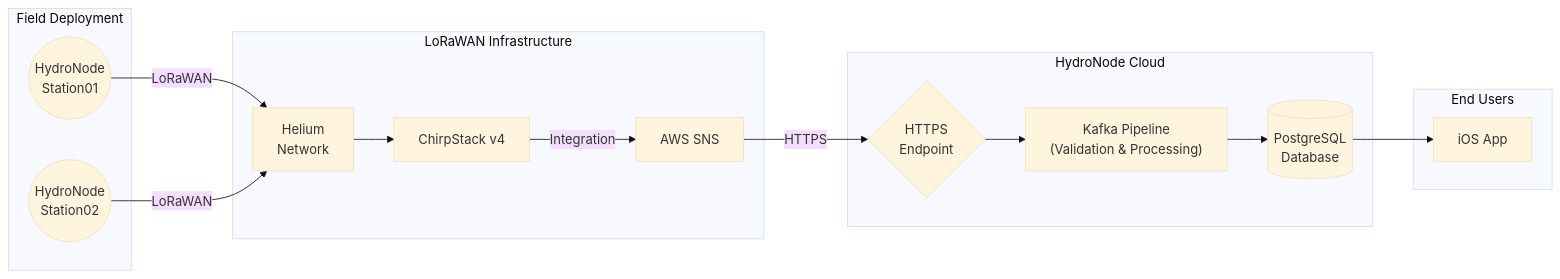
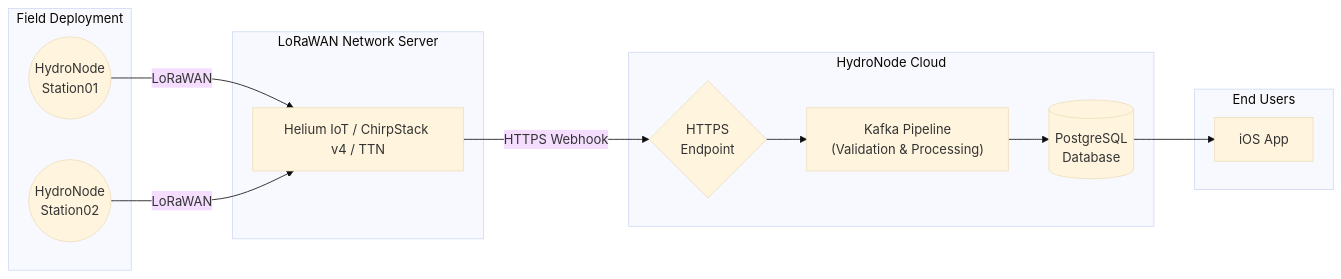
Before and after one commit to TexhFexLabs/HydroNodeStation: the diagram in README.md, drawn with Mermaid (base theme). The commit also changed other lines of this file and 1 other file, not shown here.

Commit message:
Refactor README and documentation; update LoRaWAN integration details and power consumption metrics

````diff
--- a/README.md
+++ b/README.md
@@ -83,32 +83,28 @@
 ```mermaid
 flowchart LR
     subgraph Field ["Field Deployment"]
         Node1(("HydroNode\nStation01"))
         Node2(("HydroNode\nStation02"))
     end
 
-    subgraph Network ["LoRaWAN Infrastructure"]
-        Helium["Helium\nNetwork"]
-        ChirpStack["ChirpStack v4"]
-        SNS["AWS SNS"]
+    subgraph Network ["LoRaWAN Network Server"]
+        NS["Helium IoT / ChirpStack v4 / TTN"]
     end
 
     subgraph Backend ["HydroNode Cloud"]
         API{"HTTPS\nEndpoint"}
         Kafka["Kafka Pipeline\n(Validation & Processing)"]
         DB[("PostgreSQL\nDatabase")]
     end
 
     subgraph Client ["End Users"]
         App["iOS App"]
     end
 
-    Node1 -- LoRaWAN --> Helium
-    Node2 -- LoRaWAN --> Helium
-    Helium --> ChirpStack
-    ChirpStack -- Integration --> SNS
-    SNS -- HTTPS --> API
+    Node1 -- LoRaWAN --> NS
+    Node2 -- LoRaWAN --> NS
+    NS -- HTTPS Webhook --> API
     API --> Kafka
     Kafka --> DB
     DB --> App
 ```
````
